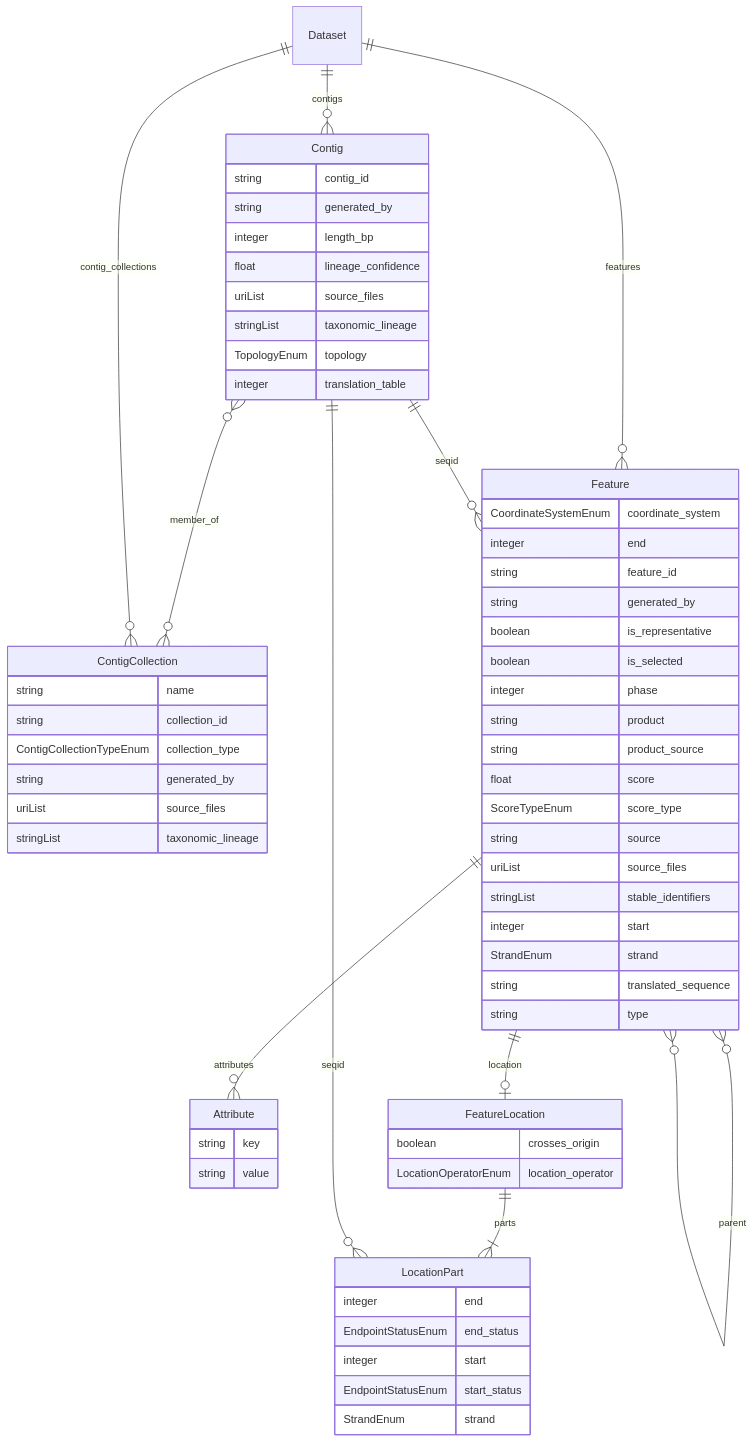
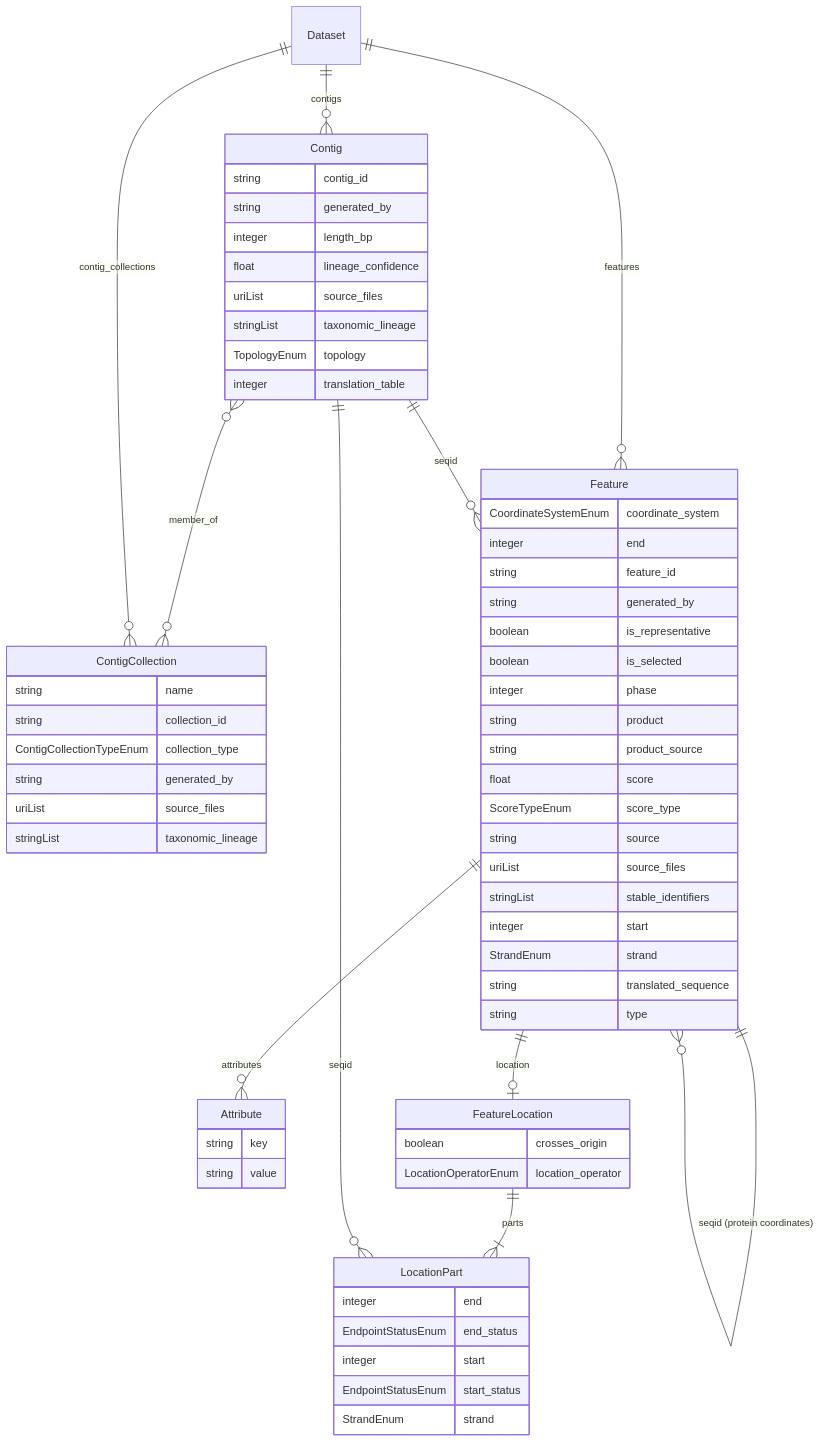
The diagram in docs/schema-diagram.md (turbomam/feature-table-corpus), drawn with Mermaid before and after one commit. The commit also changed 23 other files, not shown here.

First line of the commit message:
Make a protein-coordinate hit's seqid its CDS

````diff
--- a/docs/schema-diagram.md
+++ b/docs/schema-diagram.md
@@ -9,70 +9,71 @@
 ```mermaid
 erDiagram
 Attribute {
     string key
     string value
 }
 Contig {
     string contig_id
     string generated_by
     integer length_bp
     float lineage_confidence
     uriList source_files
     stringList taxonomic_lineage
     TopologyEnum topology
     integer translation_table
 }
 ContigCollection {
     string name
     string collection_id
     ContigCollectionTypeEnum collection_type
     string generated_by
     uriList source_files
     stringList taxonomic_lineage
 }
 Dataset {
 
 }
 Feature {
     CoordinateSystemEnum coordinate_system
     integer end
     string feature_id
     string generated_by
     boolean is_representative
     boolean is_selected
     integer phase
     string product
     string product_source
     float score
     ScoreTypeEnum score_type
     string source
     uriList source_files
     stringList stable_identifiers
     integer start
     StrandEnum strand
     string translated_sequence
     string type
 }
 FeatureLocation {
     boolean crosses_origin
     LocationOperatorEnum location_operator
 }
 LocationPart {
     integer end
     EndpointStatusEnum end_status
     integer start
     EndpointStatusEnum start_status
     StrandEnum strand
 }
 
 Contig }o--o{ ContigCollection : "member_of"
 Dataset ||--o{ Contig : "contigs"
 Dataset ||--o{ ContigCollection : "contig_collections"
 Dataset ||--o{ Feature : "features"
 Feature ||--o| FeatureLocation : "location"
-Contig ||--o{ Feature : "seqid"
 Feature ||--o{ Attribute : "attributes"
 Feature }o--o{ Feature : "parent"
+Contig ||--o{ Feature : "seqid"
+Feature ||--o{ Feature : "seqid (protein coordinates)"
 FeatureLocation ||--|{ LocationPart : "parts"
 Contig ||--o{ LocationPart : "seqid"
 ```
````
